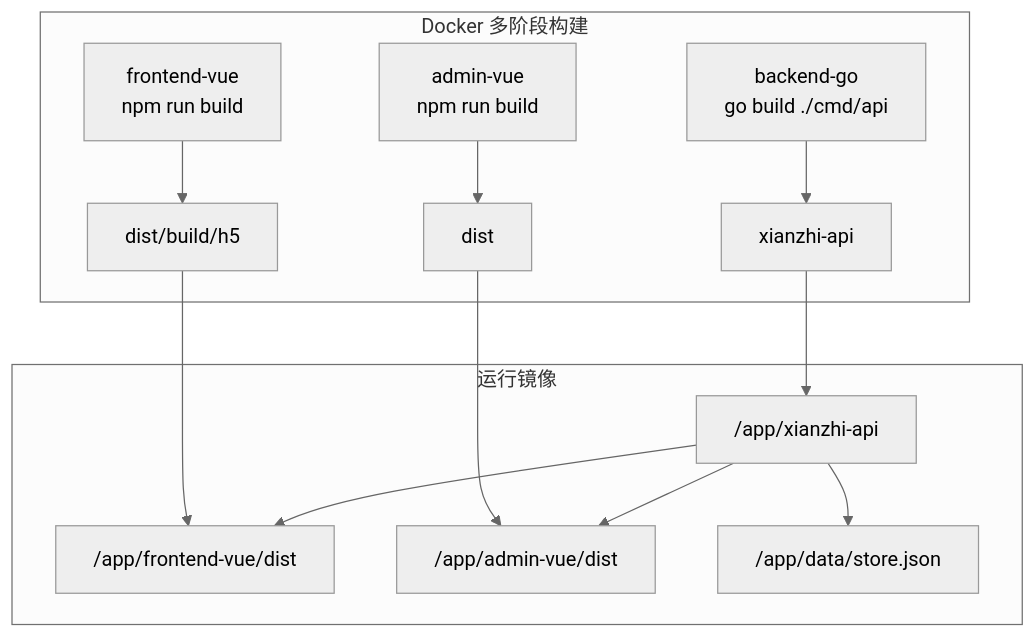
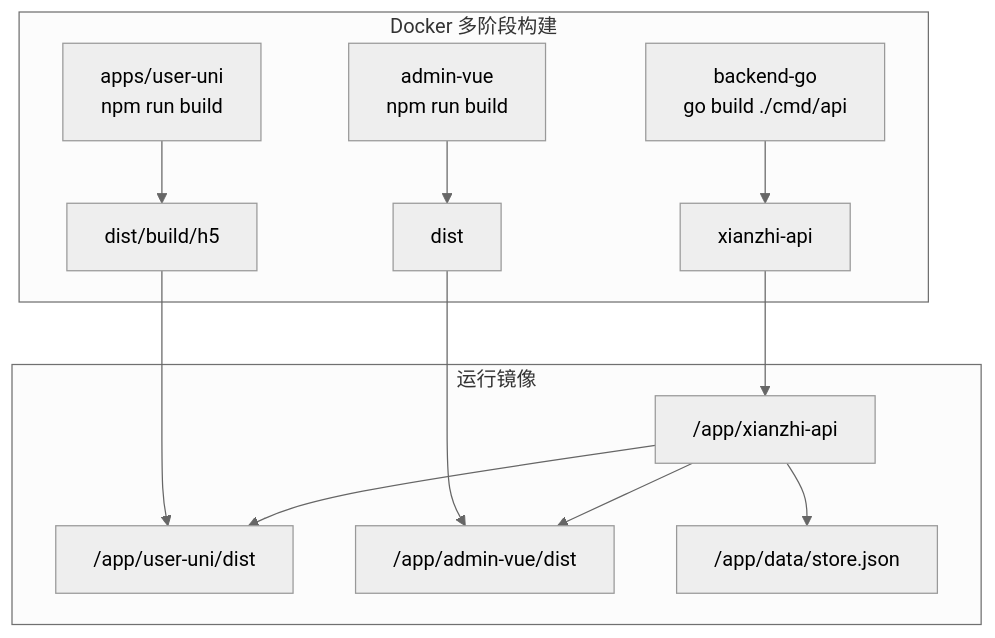
Before and after one commit to lmxchyy/zhiqiyun-ai: the fifth of 5 diagrams in docs/project-functional-architecture.md, drawn with Mermaid (neutral theme). The commit also changed other lines of this file and 264 other files, not shown here.

````diff
--- a/docs/project-functional-architecture.md
+++ b/docs/project-functional-architecture.md
@@ -343,22 +345,22 @@
 ```mermaid
 flowchart TB
   subgraph Build["Docker 多阶段构建"]
-    A["frontend-vue<br/>npm run build"] --> AOut["dist/build/h5"]
+    A["apps/user-uni<br/>npm run build"] --> AOut["dist/build/h5"]
     B["admin-vue<br/>npm run build"] --> BOut["dist"]
     C["backend-go<br/>go build ./cmd/api"] --> COut["xianzhi-api"]
   end
 
   subgraph Runtime["运行镜像"]
     App["/app/xianzhi-api"]
-    Static["/app/frontend-vue/dist"]
+    Static["/app/user-uni/dist"]
     AdminStatic["/app/admin-vue/dist"]
     Data["/app/data/store.json"]
   end
 
   AOut --> Static
   BOut --> AdminStatic
   COut --> App
   App --> Static
   App --> AdminStatic
   App --> Data
 ```
````
